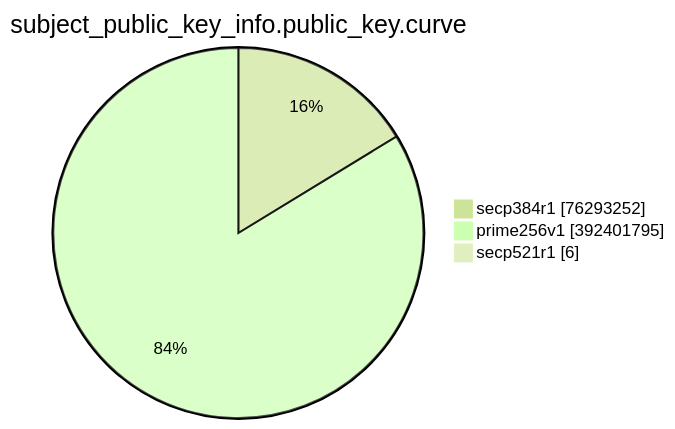
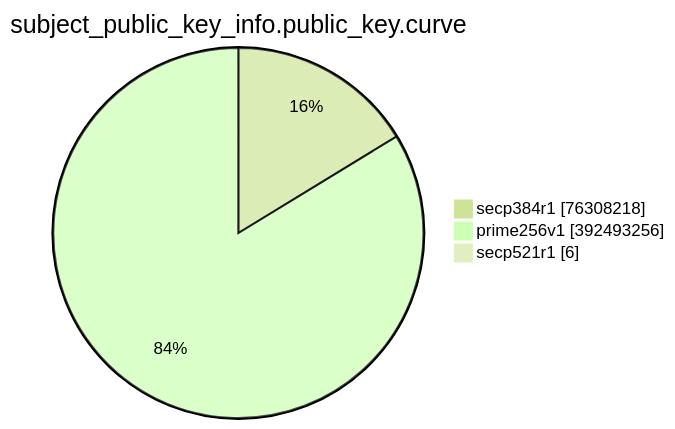
Before and after one commit to christiankrug/ctmonitor_visualization: the eighth of 15 diagrams in TOTAL/README.md, drawn with Mermaid (forest theme). The commit also changed other lines of this file, not shown here.

````diff
--- a/TOTAL/README.md
+++ b/TOTAL/README.md
@@ -3094,7 +3094,7 @@
 ```mermaid
 pie showData
 title subject_public_key_info.public_key.curve
-"secp384r1" :76293252
-"prime256v1" :392401795
+"secp384r1" :76308218
+"prime256v1" :392493256
 "secp521r1" :6
 ```
````
